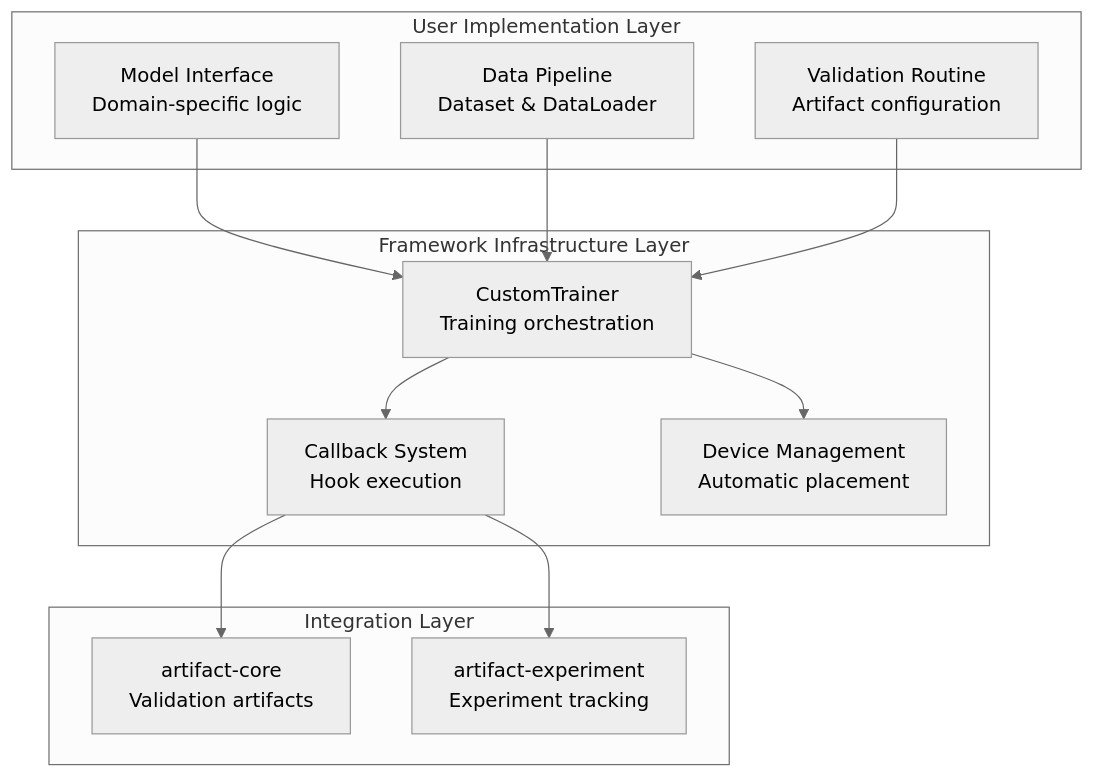
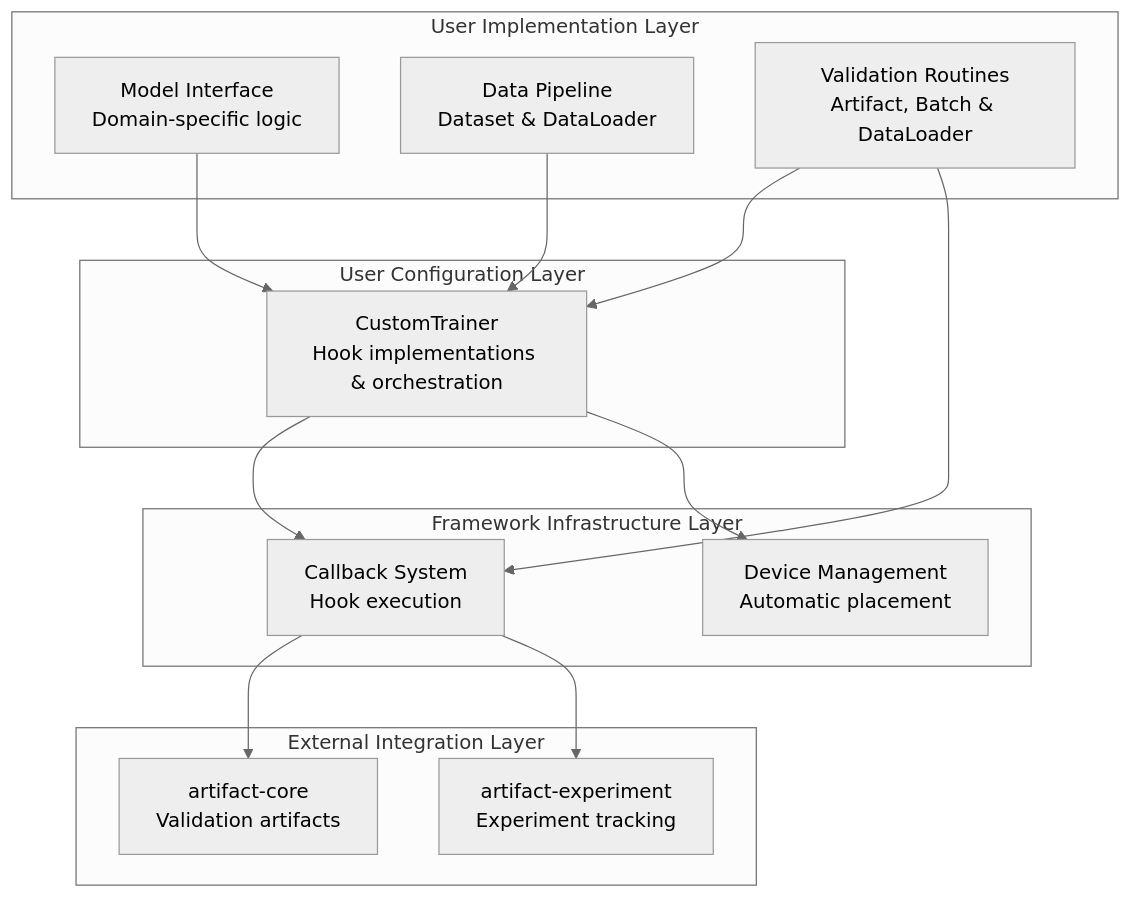
Before and after one commit to vasileios-ektor-papoulias/artifact-ml: the diagram in artifact-torch/README.md, drawn with Mermaid (neutral theme). The commit also changed other lines of this file, not shown here.

Commit message:
Edit diagram

````diff
--- a/artifact-torch/README.md
+++ b/artifact-torch/README.md
@@ -30,29 +30,33 @@
 ```mermaid
 graph TB
     subgraph "User Implementation Layer"
         Model["Model Interface<br/>Domain-specific logic"]
         Data["Data Pipeline<br/>Dataset & DataLoader"]
-        Validation["Validation Routine<br/>Artifact configuration"]
+        Routines["Validation Routines<br/>Artifact, Batch & DataLoader"]
+    end
+    
+    subgraph "User Configuration Layer"
+        Trainer["CustomTrainer<br/>Hook implementations & orchestration"]
     end
     
     subgraph "Framework Infrastructure Layer"
-        Trainer["CustomTrainer<br/>Training orchestration"]
         Callbacks["Callback System<br/>Hook execution"]
         Device["Device Management<br/>Automatic placement"]
     end
     
-    subgraph "Integration Layer"
+    subgraph "External Integration Layer"
         ArtifactCore["artifact-core<br/>Validation artifacts"]
         ArtifactExp["artifact-experiment<br/>Experiment tracking"]
     end
     
     Model --> Trainer
     Data --> Trainer
-    Validation --> Trainer
+    Routines --> Trainer
+    Routines --> Callbacks
     
     Trainer --> Callbacks
     Trainer --> Device
     
     Callbacks --> ArtifactCore
     Callbacks --> ArtifactExp
 ```
````
